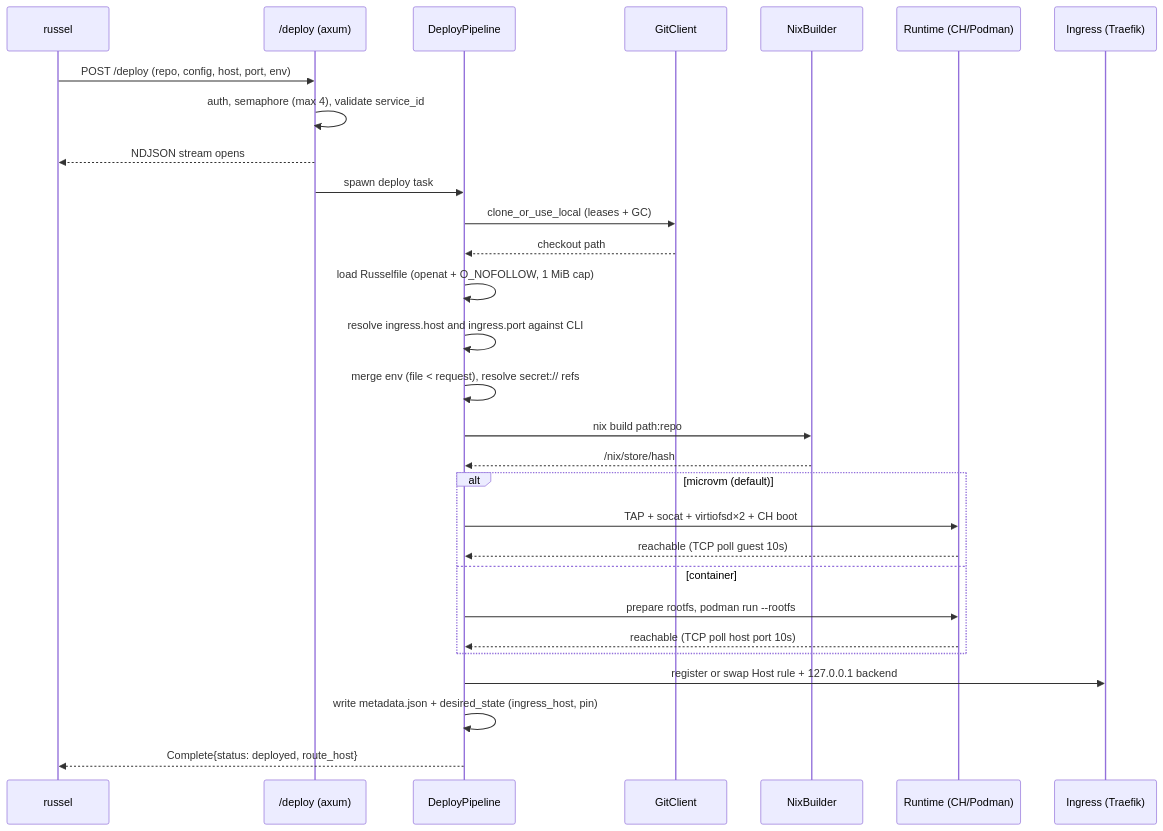
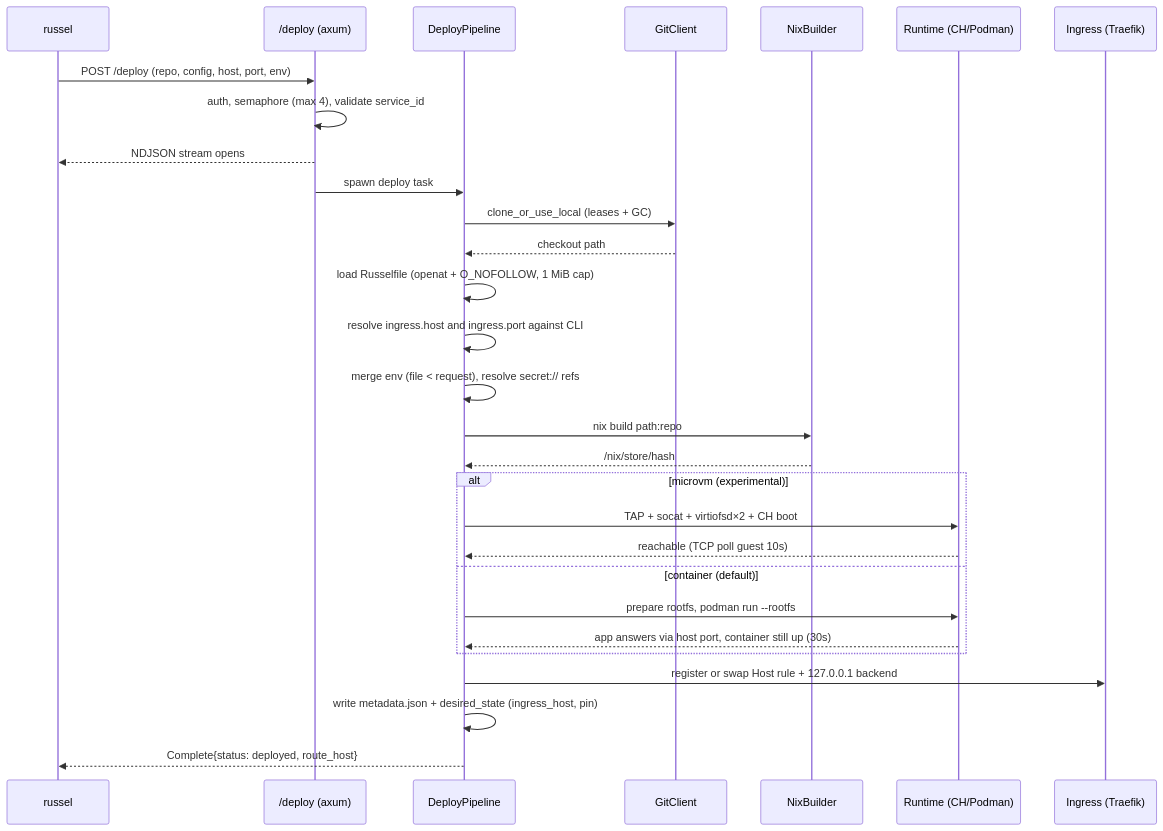
One commit to daschinmoy21/russel changed the second of 3 diagrams in docs/concepts/architecture.md. Above: the diagram before and after it, drawn with Mermaid. The commit also changed other lines of this file and 160 other files, not shown here.

````diff
--- a/docs/concepts/architecture.md
+++ b/docs/concepts/architecture.md
@@ -81,31 +81,31 @@
 ```mermaid
 sequenceDiagram
     participant U as russel
     participant A as /deploy (axum)
     participant P as DeployPipeline
     participant G as GitClient
     participant B as NixBuilder
     participant R as Runtime (CH/Podman)
     participant I as Ingress (Traefik)
     U->>A: POST /deploy (repo, config, host, port, env)
     A->>A: auth, semaphore (max 4), validate service_id
     A-->>U: NDJSON stream opens
     A->>P: spawn deploy task
     P->>G: clone_or_use_local (leases + GC)
     G-->>P: checkout path
     P->>P: load Russelfile (openat + O_NOFOLLOW, 1 MiB cap)
     P->>P: resolve ingress.host and ingress.port against CLI
     P->>P: merge env (file < request), resolve secret:// refs
     P->>B: nix build path:repo#packages.sys.default
     B-->>P: /nix/store/hash
-    alt microvm (default)
+    alt microvm (experimental)
         P->>R: TAP + socat + virtiofsd×2 + CH boot
         R-->>P: reachable (TCP poll guest 10s)
-    else container
+    else container (default)
         P->>R: prepare rootfs, podman run --rootfs
-        R-->>P: reachable (TCP poll host port 10s)
+        R-->>P: app answers via host port, container still up (30s)
     end
     P->>I: register or swap Host rule + 127.0.0.1 backend
     P->>P: write metadata.json + desired_state (ingress_host, pin)
     P-->>U: Complete{status: deployed, route_host}
 ```
````
